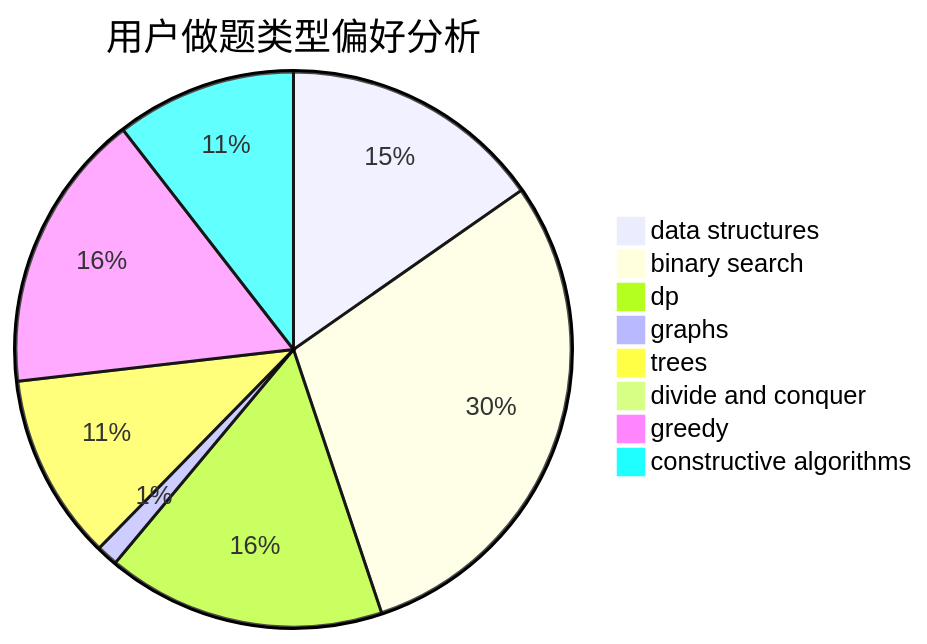
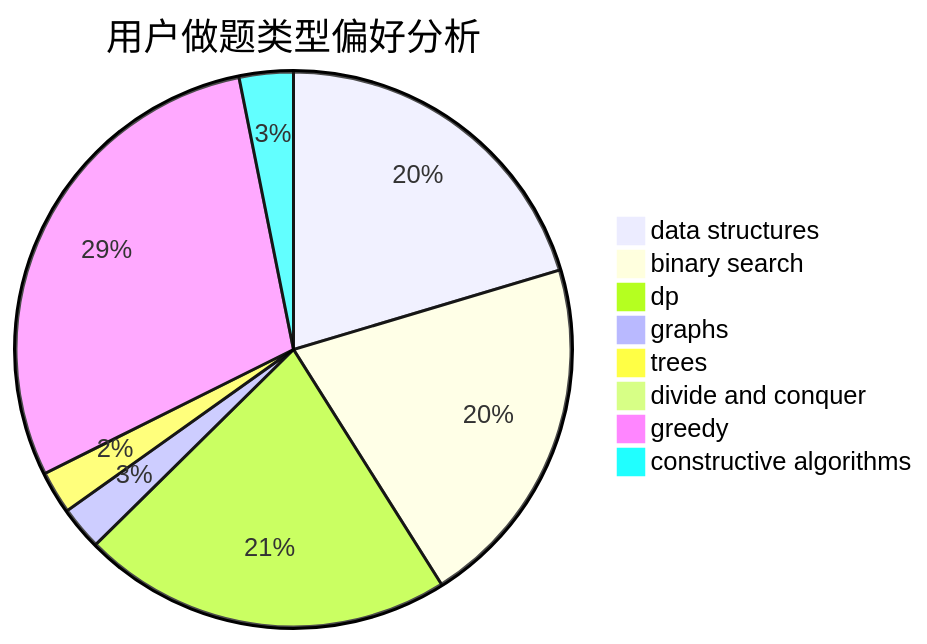
Before and after one commit to sherpahu/cfrs.github.io: the second of 3 diagrams in docs/user/u702.md, drawn with Mermaid. The commit also changed other lines of this file and 2770 other files, not shown here.

````diff
--- a/docs/user/u702.md
+++ b/docs/user/u702.md
@@ -23,11 +23,11 @@
 ```mermaid
 pie title 用户做题类型偏好分析
-    "data structures" :  134
-    "binary search" :  259
-    "dp" :  142
-    "graphs" :  11
-    "trees" :  95
-    "divide and conquer" :  0
-    "greedy" :  143
-    "constructive algorithms" :  92
+    "data structures" :  434
+    "binary search" :  440
+    "dp" :  459
+    "graphs" :  54
+    "trees" :  53
+    "divide and conquer" :  19
+    "greedy" :  622
+    "constructive algorithms" :  67
 ```
````
